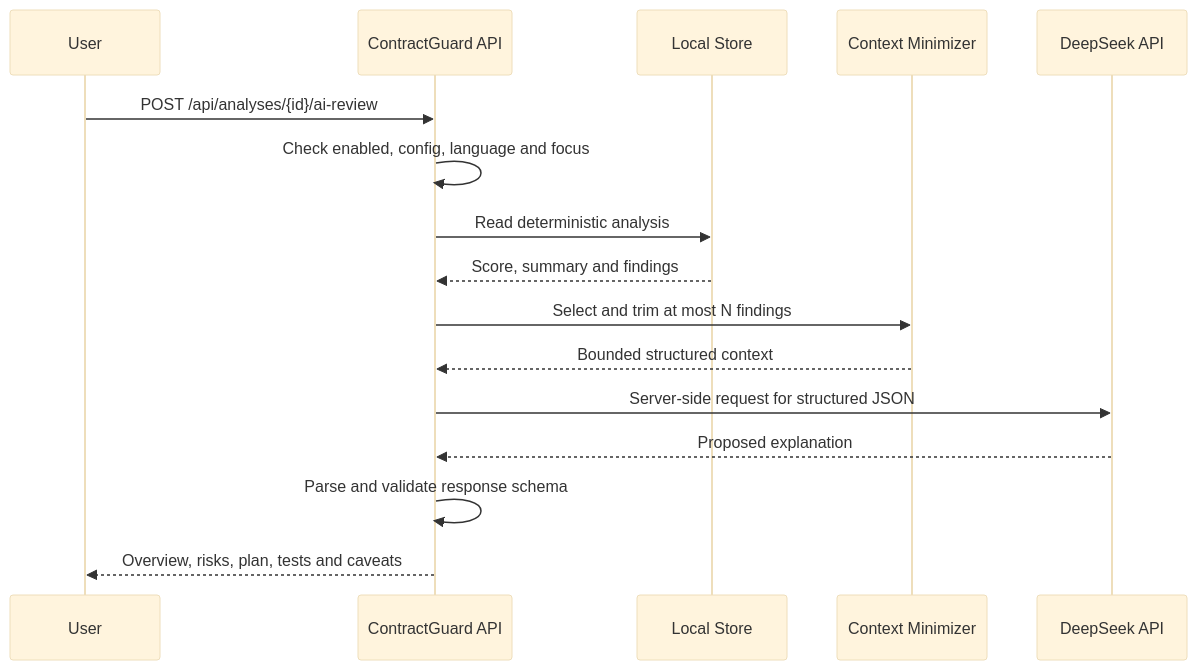
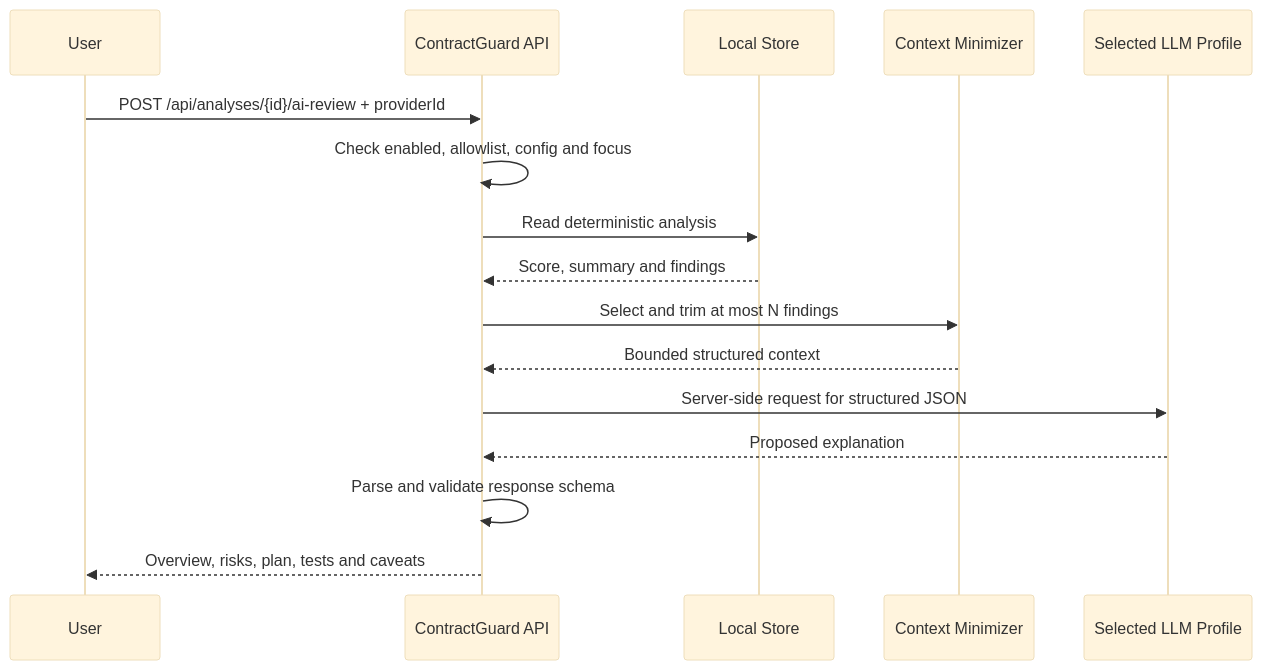
The third of 3 diagrams in docs/architecture.md (mingxian233/ContractGuard), drawn with Mermaid (base theme) before and after one commit. The commit also changed other lines of this file and 59 other files, not shown here.

````diff
--- a/docs/architecture.md
+++ b/docs/architecture.md
@@ -145,18 +151,18 @@
 ```mermaid
 sequenceDiagram
     participant U as User
     participant A as ContractGuard API
     participant S as Local Store
     participant M as Context Minimizer
-    participant D as DeepSeek API
-    U->>A: POST /api/analyses/{id}/ai-review
-    A->>A: Check enabled, config, language and focus
+    participant D as Selected LLM Profile
+    U->>A: POST /api/analyses/{id}/ai-review + providerId
+    A->>A: Check enabled, allowlist, config and focus
     A->>S: Read deterministic analysis
     S-->>A: Score, summary and findings
     A->>M: Select and trim at most N findings
     M-->>A: Bounded structured context
     A->>D: Server-side request for structured JSON
     D-->>A: Proposed explanation
     A->>A: Parse and validate response schema
     A-->>U: Overview, risks, plan, tests and caveats
 ```
````
